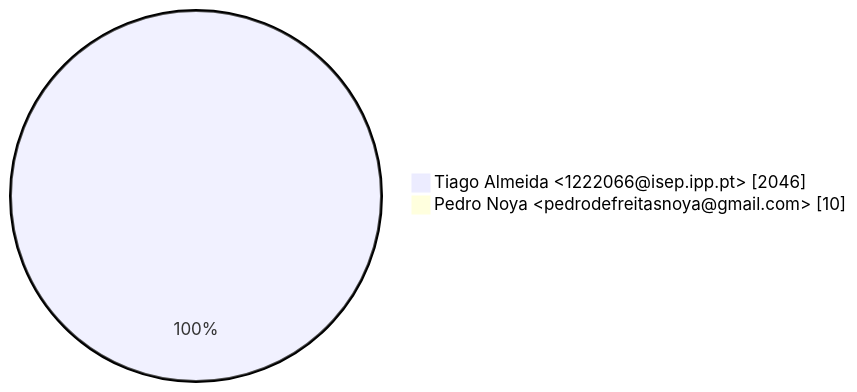
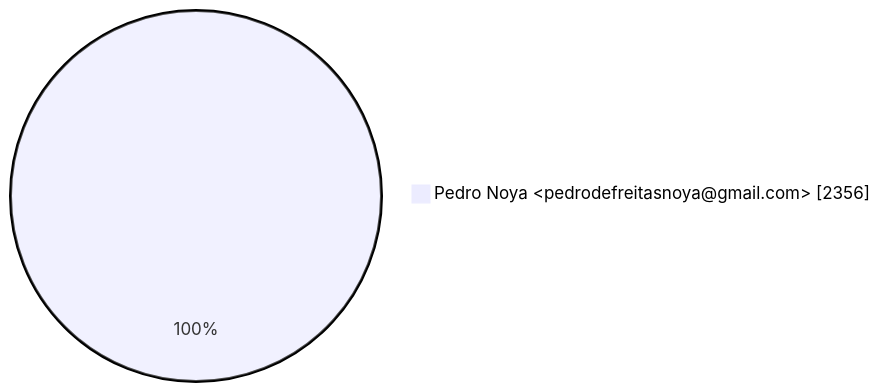
Before and after one commit to Pedro-Noya/LSIS1: the second of 3 diagrams in GitAnalysis/Sprint_1/Contributions.md, drawn with Mermaid. The commit also changed other lines of this file and 1 other file, not shown here.

````diff
--- a/GitAnalysis/Sprint_1/Contributions.md
+++ b/GitAnalysis/Sprint_1/Contributions.md
@@ -15,5 +13,4 @@
 ```mermaid
 pie showData
-    " Tiago Almeida <1222066@isep.ipp.pt>" : 2046
-    " Pedro Noya <pedrodefreitasnoya@gmail.com>" : 10
+    " Pedro Noya <pedrodefreitasnoya@gmail.com>" : 2356
 ```
````
